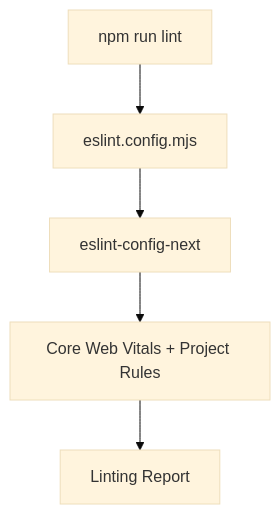
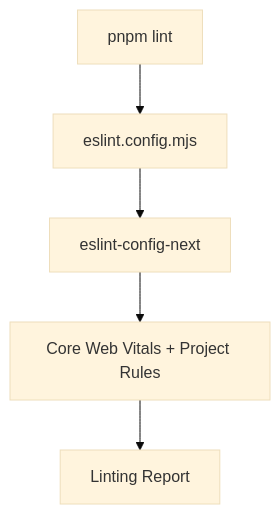
The eighth of 10 diagrams in docs/en/content/Technology Stack & Dependencies.md (algorithmsEvolve/momentoclient-fe), drawn with Mermaid (base theme) before and after one commit. The commit also changed other lines of this file and 14 other files, not shown here.

````diff
--- a/docs/en/content/Technology Stack & Dependencies.md
+++ b/docs/en/content/Technology Stack & Dependencies.md
@@ -280,7 +288,7 @@
 ```mermaid
 flowchart TD
-Lint["npm run lint"] --> ESLintCfg["eslint.config.mjs"]
+Lint["pnpm lint"] --> ESLintCfg["eslint.config.mjs"]
 ESLintCfg --> NextConfig["eslint-config-next"]
 NextConfig --> Rules["Core Web Vitals + Project Rules"]
 Rules --> Report["Linting Report"]
 ```
````
